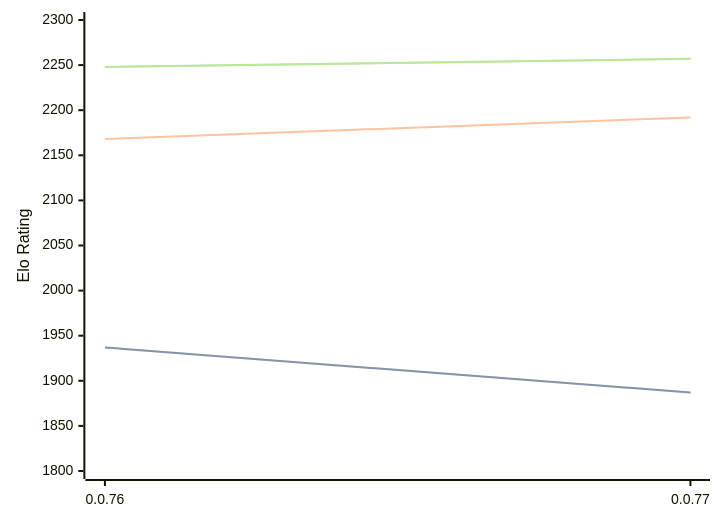
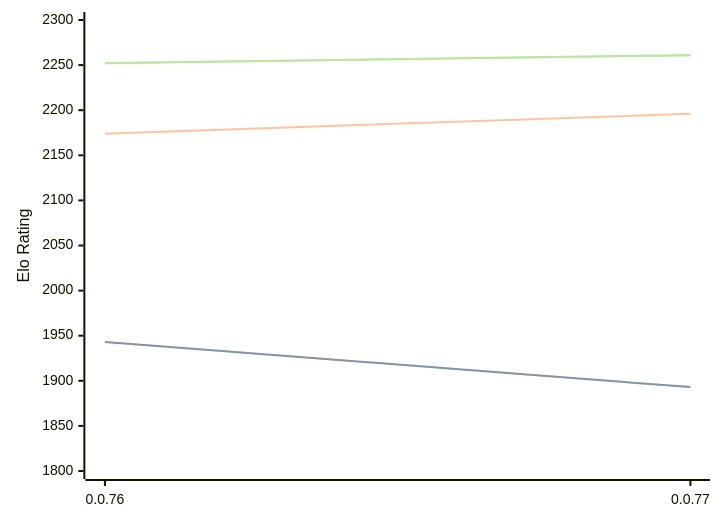
One commit to computer-chess-index/cci changed the diagram in engines/Fktb.md. Above: the diagram before and after it, drawn with Mermaid. The commit also changed other lines of this file, not shown here.

Commit message:
Update CCI Ratings (ELO VLTC) - 2026-04-18

````diff
--- a/engines/Fktb.md
+++ b/engines/Fktb.md
@@ -32,11 +32,11 @@
 ```mermaid
 %%{init: {"theme":"base","themeVariables":{"seriesColors:['#a3a3a3','#222221','#faa371']}}}%%
 xychart-beta
   x-axis ["0.0.76", "0.0.77"]
   y-axis "Elo Rating" 1800 --> 2300
-  line "STC (8.0+0.08s)" [1937, 1887]
-  line "STC (8.0+0.08s)" [1937, 1887]
-  line "LTC (60.0+0.60s)" [2168, 2192]
-  line "VLTC (2m24s+1.12s)" [2248, 2257]
-  line "VLTC (2m24s+1.12s)" [2248, 2257]
+  line "STC (8.0+0.08s)" [1943, 1893]
+  line "STC (8.0+0.08s)" [1943, 1893]
+  line "LTC (60.0+0.60s)" [2174, 2196]
+  line "VLTC (2m24s+1.12s)" [2252, 2261]
+  line "VLTC (2m24s+1.12s)" [2252, 2261]
 ```
````
